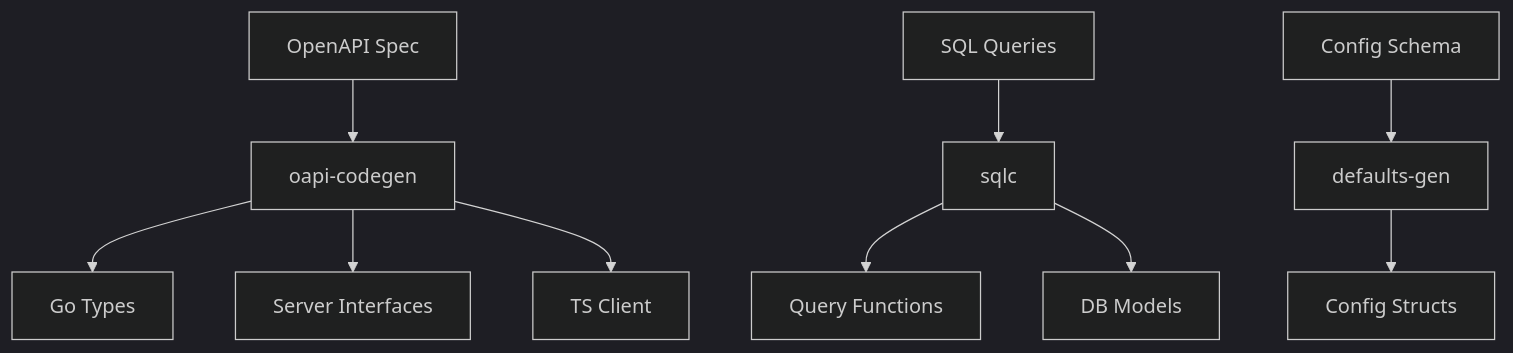
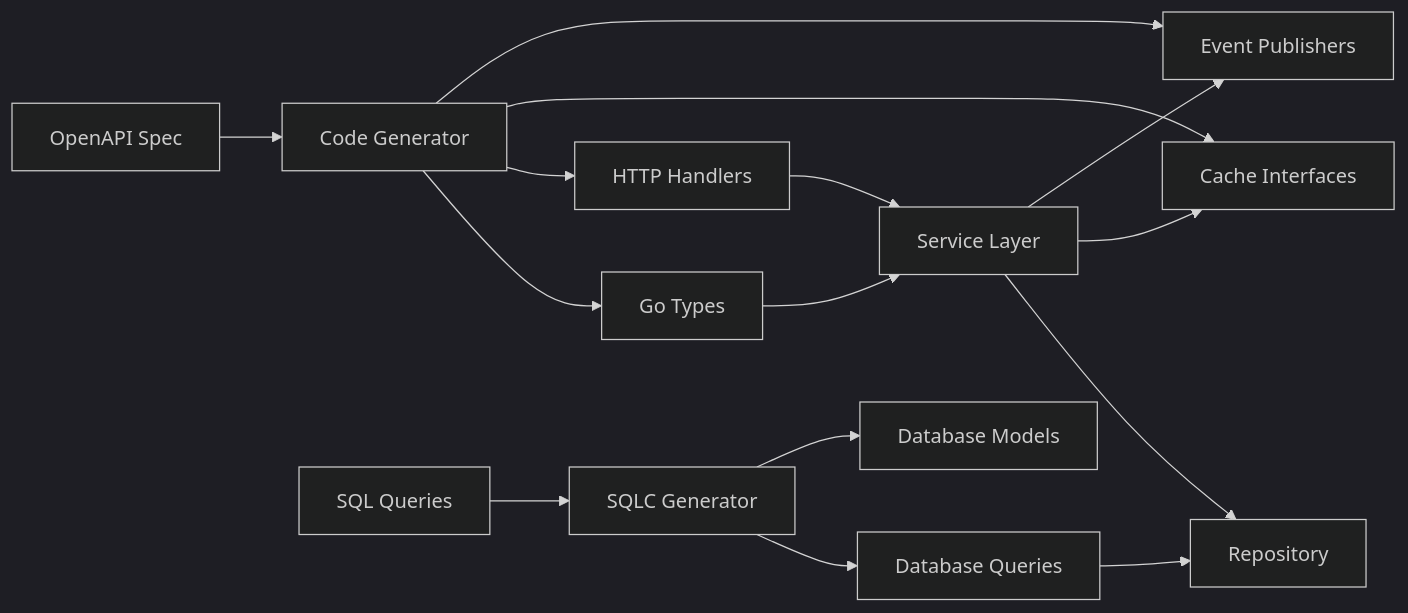
Before and after one commit to archesai/archesai: the third of 4 diagrams in docs/ARCHITECTURE.md, drawn with Mermaid (dark theme). The commit also changed other lines of this file and 25 other files, not shown here.

Commit message:
refactor(gen): move oapi gen ymals into root

````diff
--- a/docs/ARCHITECTURE.md
+++ b/docs/ARCHITECTURE.md
@@ -508,19 +216,21 @@
 ```mermaid
-graph TD
-    OPENAPI[OpenAPI Spec]
-    SQL[SQL Queries]
-    CONFIG[Config Schema]
+graph LR
+    OPENAPI[OpenAPI Spec] --> CODEGEN[Code Generator]
+    SQL[SQL Queries] --> SQLC[SQLC Generator]
 
-    OPENAPI --> OAPI_GEN[oapi-codegen]
-    SQL --> SQLC[sqlc]
-    CONFIG --> DEFAULTS_GEN[defaults-gen]
+    CODEGEN --> TYPES[Go Types]
+    CODEGEN --> HANDLERS[HTTP Handlers]
+    CODEGEN --> CACHE[Cache Interfaces]
+    CODEGEN --> EVENTS[Event Publishers]
 
-    OAPI_GEN --> TYPES[Go Types]
-    OAPI_GEN --> SERVER[Server Interfaces]
-    OAPI_GEN --> CLIENT[TS Client]
+    SQLC --> QUERIES[Database Queries]
+    SQLC --> MODELS[Database Models]
 
-    SQLC --> QUERIES[Query Functions]
-    SQLC --> MODELS[DB Models]
+    TYPES --> SERVICE[Service Layer]
+    HANDLERS --> SERVICE
+    QUERIES --> REPO[Repository]
 
-    DEFAULTS_GEN --> CONFIG_GO[Config Structs]
+    SERVICE --> REPO
+    SERVICE --> CACHE
+    SERVICE --> EVENTS
 ```
````
